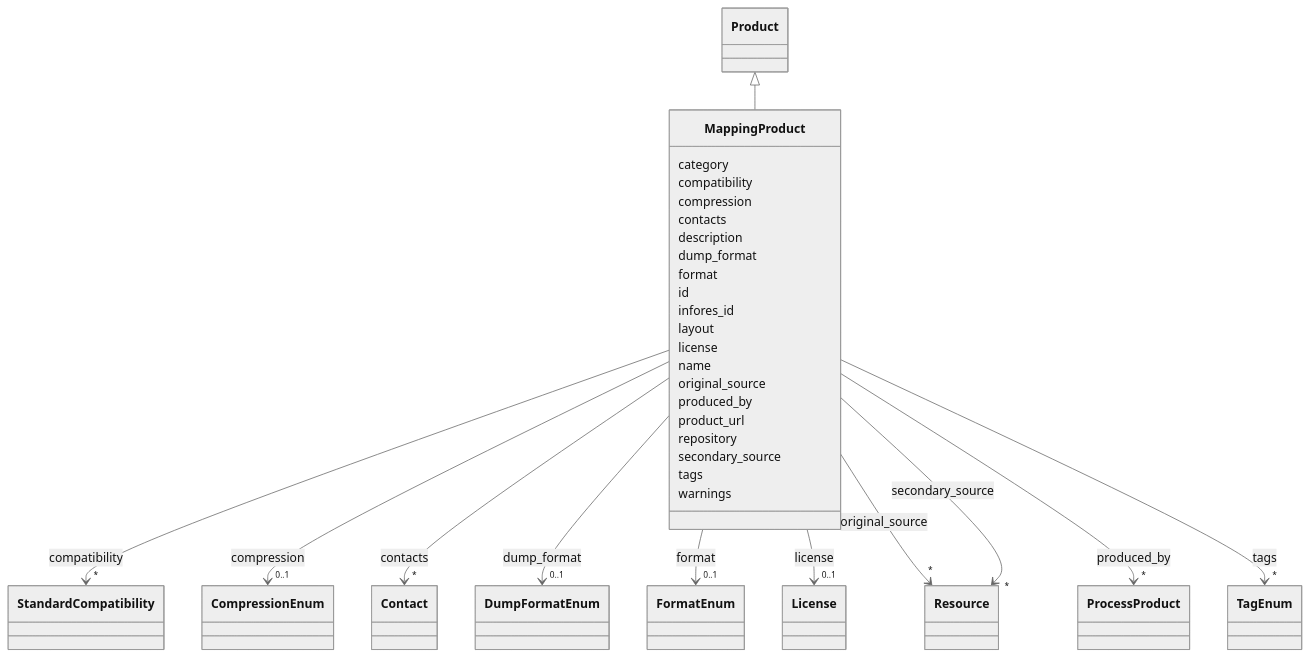
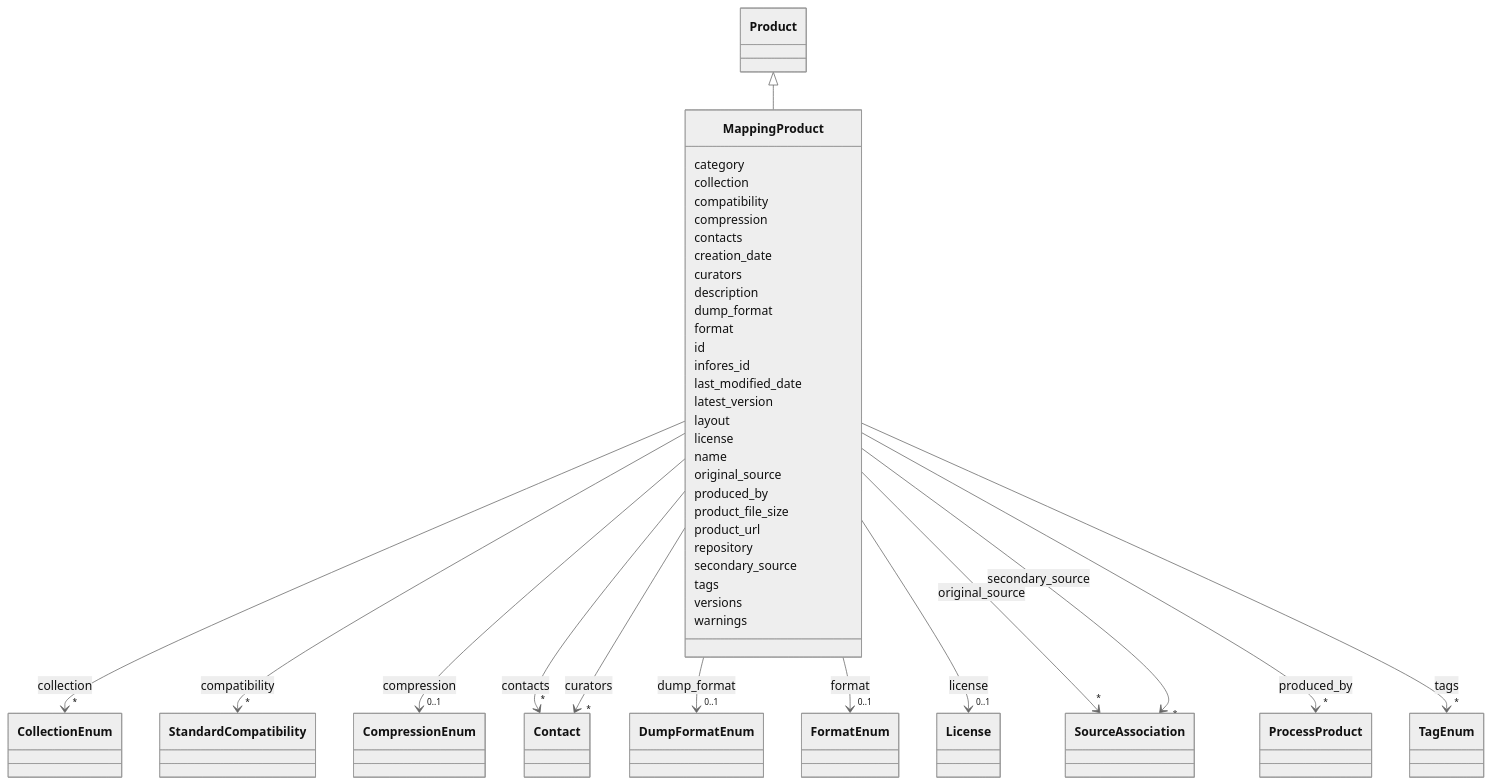
The diagram in docs/schema/MappingProduct.md (Knowledge-Graph-Hub/kg-registry), drawn with Mermaid (neutral theme) before and after one commit. The commit also changed other lines of this file and 141 other files, not shown here.

````diff
--- a/docs/schema/MappingProduct.md
+++ b/docs/schema/MappingProduct.md
@@ -24,117 +23,169 @@
 ```mermaid
  classDiagram
     class MappingProduct
-    click MappingProduct href "MappingProduct.html"
+    click MappingProduct href "MappingProduct/.html"
       Product <|-- MappingProduct
-        click Product href "Product.html"
-      
+        click Product href "Product/.html"
+
       MappingProduct : category
-        
+
+      MappingProduct : collection
+
+
+
+
+
+        MappingProduct --> "*" CollectionEnum : collection
+        click CollectionEnum href "CollectionEnum/.html"
+
+
+
       MappingProduct : compatibility
-        
-          
-    
-    
-    MappingProduct --> "*" StandardCompatibility : compatibility
-    click StandardCompatibility href "StandardCompatibility.html"
 
-        
+
+
+
+
+        MappingProduct --> "*" StandardCompatibility : compatibility
+        click StandardCompatibility href "StandardCompatibility/.html"
+
+
+
       MappingProduct : compression
-        
-          
-    
-    
-    MappingProduct --> "0..1" CompressionEnum : compression
-    click CompressionEnum href "CompressionEnum.html"
 
-        
+
+
+
+
+        MappingProduct --> "0..1" CompressionEnum : compression
+        click CompressionEnum href "CompressionEnum/.html"
+
+
+
       MappingProduct : contacts
-        
-          
-    
-    
-    MappingProduct --> "*" Contact : contacts
-    click Contact href "Contact.html"
 
-        
+
+
+
+
+        MappingProduct --> "*" Contact : contacts
+        click Contact href "Contact/.html"
+
+
+
+      MappingProduct : creation_date
+
+      MappingProduct : curators
+
+
+
+
+
+        MappingProduct --> "*" Contact : curators
+        click Contact href "Contact/.html"
+
+
+
       MappingProduct : description
-        
+
       MappingProduct : dump_format
-        
-          
-    
-    
-    MappingProduct --> "0..1" DumpFormatEnum : dump_format
-    click DumpFormatEnum href "DumpFormatEnum.html"
 
-        
+
+
+
+
+        MappingProduct --> "0..1" DumpFormatEnum : dump_format
+        click DumpFormatEnum href "DumpFormatEnum/.html"
+
+
+
       MappingProduct : format
-        
-          
-    
-    
-    MappingProduct --> "0..1" FormatEnum : format
-    click FormatEnum href "FormatEnum.html"
 
-        
+
+
+
+
+        MappingProduct --> "0..1" FormatEnum : format
+        click FormatEnum href "FormatEnum/.html"
+
+
+
       MappingProduct : id
-        
+
       MappingProduct : infores_id
-        
+
+      MappingProduct : last_modified_date
+
+      MappingProduct : latest_version
+
       MappingProduct : layout
-        
+
       MappingProduct : license
-        
-          
-    
-    
-    MappingProduct --> "0..1" License : license
-    click License href "License.html"
 
-        
+
+
+
+
+        MappingProduct --> "0..1" License : license
+        click License href "License/.html"
+
+
+
       MappingProduct : name
-        
+
       MappingProduct : original_source
-        
-          
-    
-    
-    MappingProduct --> "*" Resource : original_source
-    click Resource href "Resource.html"
 
-        
+
+
+
+
+        MappingProduct --> "*" SourceAssociation : original_source
+        click SourceAssociation href "SourceAssociation/.html"
+
+
+
       MappingProduct : produced_by
-        
-          
-    
-    
-    MappingProduct --> "*" ProcessProduct : produced_by
-    click ProcessProduct href "ProcessProduct.html"
 
-        
+
+
+
+
+        MappingProduct --> "*" ProcessProduct : produced_by
+        click ProcessProduct href "ProcessProduct/.html"
+
+
+
+      MappingProduct : product_file_size
+
       MappingProduct : product_url
-        
+
       MappingProduct : repository
-        
+
       MappingProduct : secondary_source
-        
-          
-    
-    
-    MappingProduct --> "*" Resource : secondary_source
-    click Resource href "Resource.html"
 
-        
+
+
+
+
+        MappingProduct --> "*" SourceAssociation : secondary_source
+        click SourceAssociation href "SourceAssociation/.html"
+
+
+
       MappingProduct : tags
-        
-          
-    
-    
-    MappingProduct --> "*" TagEnum : tags
-    click TagEnum href "TagEnum.html"
 
-        
+
+
+
+
+        MappingProduct --> "*" TagEnum : tags
+        click TagEnum href "TagEnum/.html"
+
+
+
+      MappingProduct : versions
+
       MappingProduct : warnings
-        
-      
+
+
 ```
````
